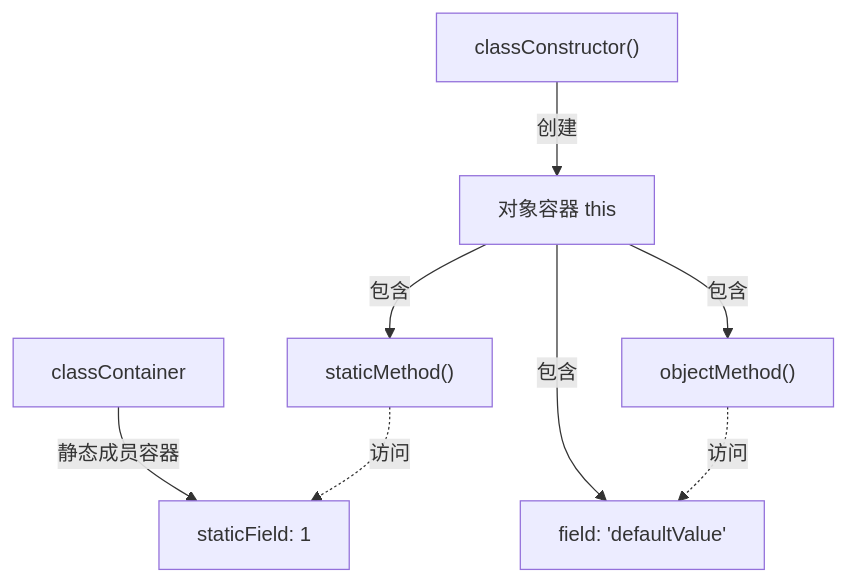
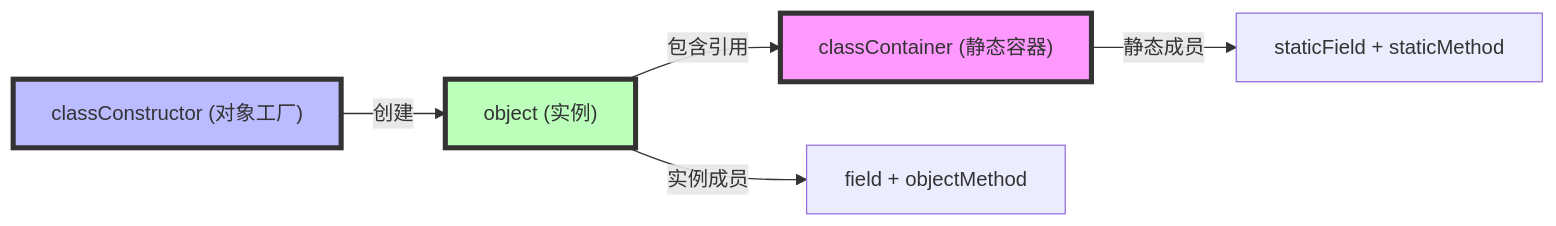
One commit to yaklang/ssa.to changed the first of 9 diagrams in static-analysis-guide/deep-dive-into-ssa-oop.mdx. Above: the diagram before and after it, drawn with Mermaid. The commit also changed other lines of this file, not shown here.

````diff
--- a/static-analysis-guide/deep-dive-into-ssa-oop.mdx
+++ b/static-analysis-guide/deep-dive-into-ssa-oop.mdx
@@ -114,11 +117,16 @@
 ```mermaid
-graph TD
-    A["classContainer"]-->|"静态成员容器"|B["staticField: 1"]
-    C["classConstructor()"]-->|"创建"|D["对象容器 this"]
-    D-->|"包含"|E["staticMethod()"]
-    D-->|"包含"|F["field: 'defaultValue'"]
-    D-->|"包含"|G["objectMethod()"]
-    E-.->|"访问"|B
-    G-.->|"访问"|F
+graph LR
+    A["classContainer (静态容器)"]
+    B["classConstructor (对象工厂)"]
+    C["object (实例)"]
+    
+    A -->|"静态成员"| D["staticField + staticMethod"]
+    B -->|"创建"| C
+    C -->|"包含引用"| A
+    C -->|"实例成员"| E["field + objectMethod"]
+    
+    style A fill:#f9f,stroke:#333,stroke-width:4px
+    style B fill:#bbf,stroke:#333,stroke-width:4px
+    style C fill:#bfb,stroke:#333,stroke-width:4px
 
 ```
````
